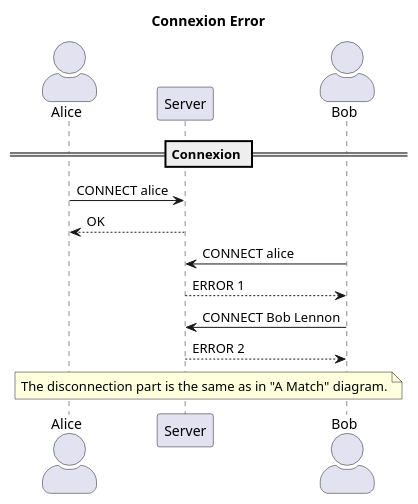
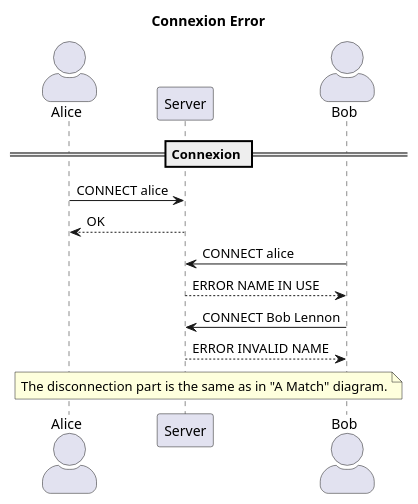
One commit to Ischi-Leyre/dai-pw2-card-jitSUS changed the diagram in Documents/protocol_digrams/card-jitSUS-error-connection.plantuml. Above: the diagram before and after it, drawn with PlantUML. The commit also changed 8 other files, not shown here.

Commit message:
update diagram and protocol

```diff
--- a/Documents/protocol_digrams/card-jitSUS-error-connection.plantuml
+++ b/Documents/protocol_digrams/card-jitSUS-error-connection.plantuml
@@ -1,25 +1,25 @@
 @startuml
 title Connexion Error
 
 skinparam actorStyle awesome
 skinparam participantStyle awesome
 
 actor Alice as c1
 participant Server as s
 actor Bob as c2
 
 
 == Connexion ==
 c1 -> s : CONNECT alice
 s --> c1 : OK
 
 c2 -> s : CONNECT alice
-s --> c2 : ERROR 1
+s --> c2 : ERROR NAME IN USE
 
 c2 -> s : CONNECT Bob Lennon
-s --> c2 : ERROR 2
+s --> c2 : ERROR INVALID NAME
 
 note over c1, c2
 The disconnection part is the same as in "A Match" diagram.
 endnote
 @enduml
```
